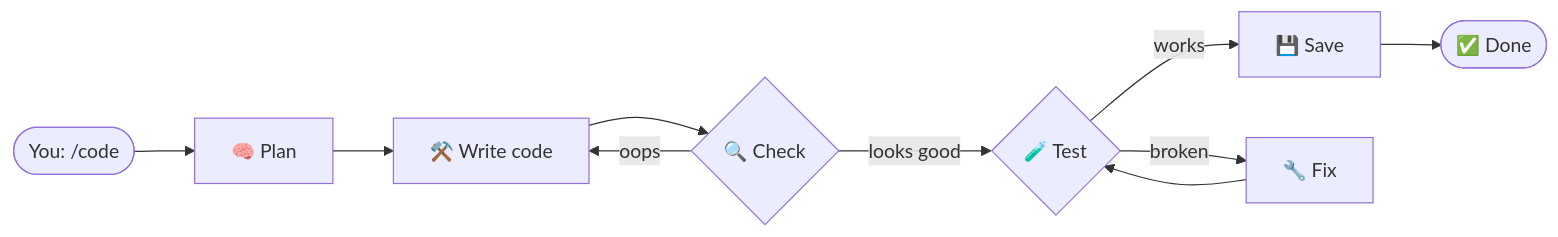
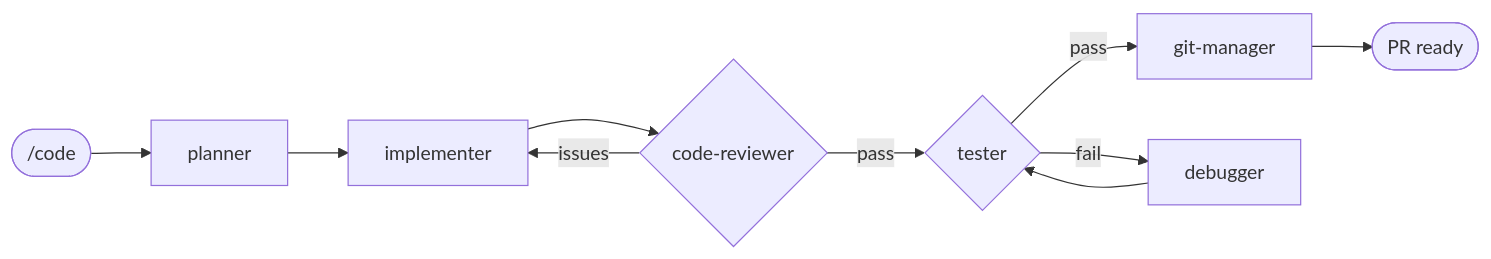
One commit to brainbrewlabs/brainbrew-devkit changed the diagram in README.md. Above: the diagram before and after it, drawn with Mermaid. The commit also changed other lines of this file, not shown here.

````diff
--- a/README.md
+++ b/README.md
@@ -11,12 +11,12 @@
 ```mermaid
 flowchart LR
-    You([You: /code]) --> Plan[🧠 Plan]
-    Plan --> Code[⚒️ Write code]
-    Code --> Check{🔍 Check}
-    Check -- looks good --> Test{🧪 Test}
-    Check -- oops --> Code
-    Test -- works --> Save[💾 Save]
-    Test -- broken --> Fix[🔧 Fix]
+    You([/code]) --> Plan[planner]
+    Plan --> Code[implementer]
+    Code --> Check{code-reviewer}
+    Check -- pass --> Test{tester}
+    Check -- issues --> Code
+    Test -- pass --> Save[git-manager]
+    Test -- fail --> Fix[debugger]
     Fix --> Test
-    Save --> Done([✅ Done])
+    Save --> Done([PR ready])
 ```
````
